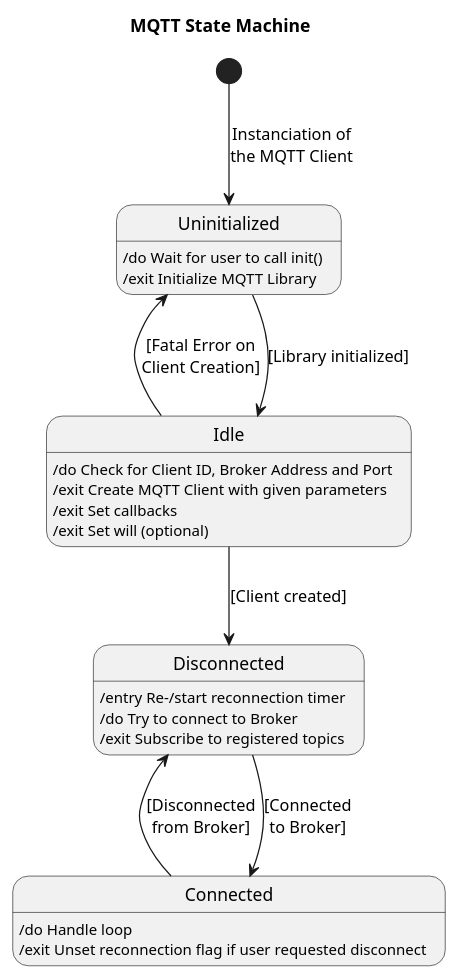
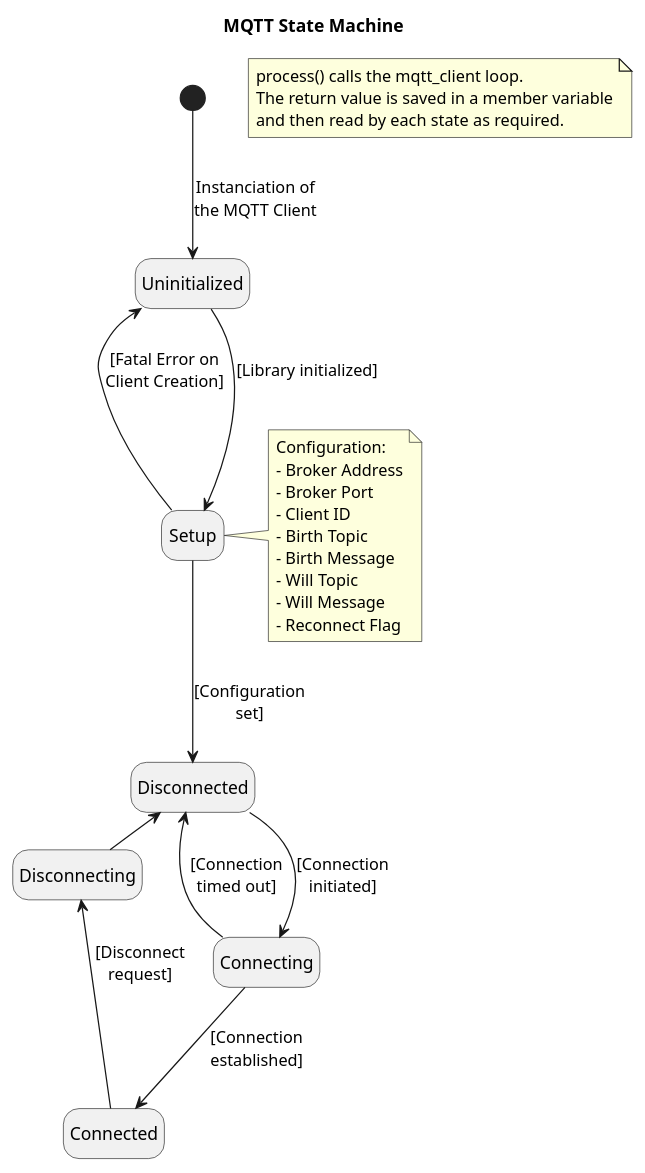
Before and after one commit to BlueAndi/DroidControlShip: the diagram in doc/architecture/uml/MQTT/StateMachine.puml, drawn with PlantUML.

Commit message:
Updated MQTT state machine diagram

```diff
--- a/doc/architecture/uml/MQTT/StateMachine.puml
+++ b/doc/architecture/uml/MQTT/StateMachine.puml
@@ -1,36 +1,43 @@
 @startuml MQTT State Machine
 
 Title MQTT State Machine
 hide empty description
 
+state "Uninitialized" as Uninitialized
+state "Setup" as Setup
+state "Connecting" as Connecting
+state "Connected" as Connected
+state "Disconnecting" as Disconnecting
+state "Disconnected" as Disconnected
 
-state "Uninitialized" as Uninitialized
-state "Idle" as Idle
-state "Disconnected" as Disconnected
-state "Connected" as Connected
-
-
-Uninitialized: /do Wait for user to call init()
-Uninitialized: /exit Initialize MQTT Library
-
-Idle: /do Check for Client ID, Broker Address and Port
-Idle: /exit Create MQTT Client with given parameters
-Idle: /exit Set callbacks
-Idle: /exit Set will (optional)
-
-Disconnected: /entry Re-/start reconnection timer
-Disconnected: /do Try to connect to Broker
-Disconnected: /exit Subscribe to registered topics
-
-Connected: /do Handle loop
-Connected: /exit Unset reconnection flag if user requested disconnect
 
 
 [*] --> Uninitialized : Instanciation of\nthe MQTT Client
-Uninitialized --> Idle : [Library initialized]
-Uninitialized <-- Idle : [Fatal Error on\nClient Creation]
-Idle --> Disconnected : [Client created]
-Disconnected --> Connected : [Connected\nto Broker]
-Disconnected <-- Connected : [Disconnected\nfrom Broker]
+Uninitialized --> Setup : [Library initialized]
+Uninitialized <-- Setup : [Fatal Error on\nClient Creation]
+Setup --> Disconnected : [Configuration\nset]
+Disconnected --> Connecting : [Connection\ninitiated]
+Connecting --> Connected : [Connection\nestablished]
+Disconnected <-- Connecting : [Connection\ntimed out]
+Disconnected <-- Disconnecting : [Disconected from Broker]
+Disconnecting <-- Connected : [Disconnect\nrequest]
+
+note right of Setup
+    Configuration:
+    - Broker Address
+    - Broker Port
+    - Client ID
+    - Birth Topic
+    - Birth Message
+    - Will Topic
+    - Will Message
+    - Reconnect Flag
+end note
+
+note as N1
+process() calls the mqtt_client loop.
+The return value is saved in a member variable
+and then read by each state as required.
+end note
 
 @enduml
```
